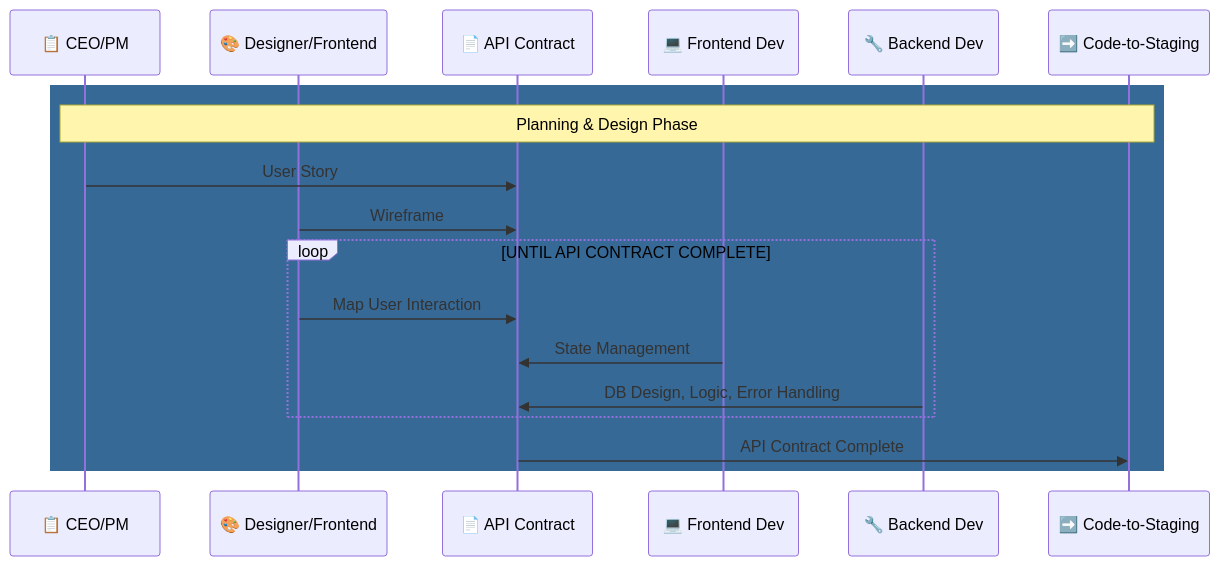
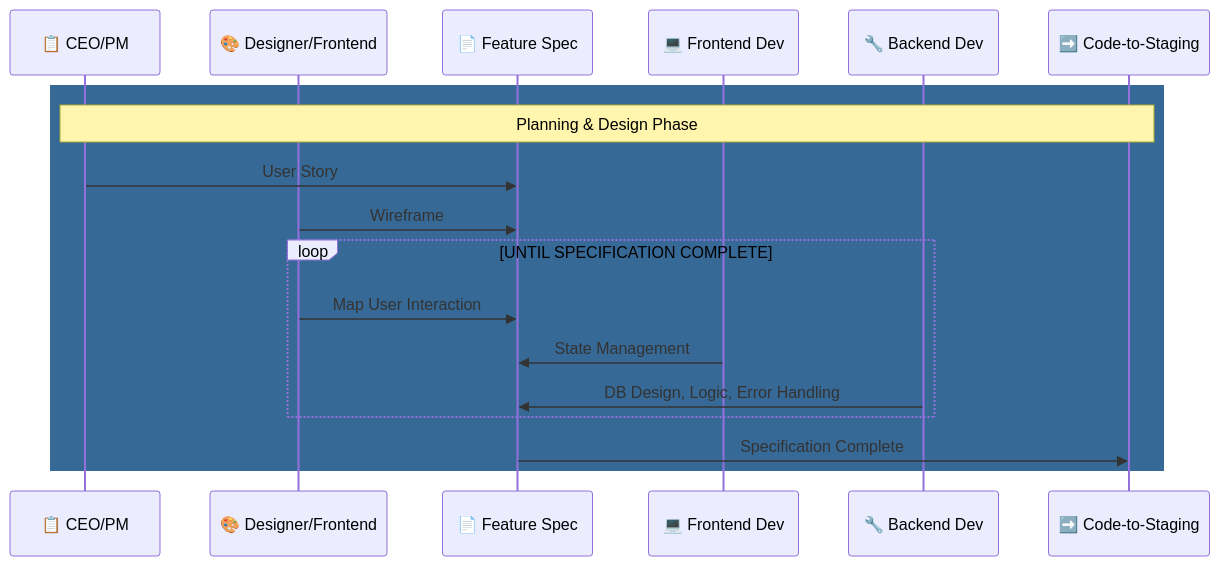
The first of 2 diagrams in Voyages/Projects/Helprr.ai/README.md (JindoKimKor/Self-Binnacle), drawn with Mermaid before and after one commit. The commit also changed other lines of this file and 5 other files, not shown here.

````diff
--- a/Voyages/Projects/Helprr.ai/README.md
+++ b/Voyages/Projects/Helprr.ai/README.md
@@ -104,21 +88,21 @@
 ```mermaid
 sequenceDiagram
     participant PM as 📋 CEO/PM
     participant DF as 🎨 Designer/Frontend
-    participant Doc as 📄 API Contract
+    participant Spec as 📄 Feature Spec
     participant FE as 💻 Frontend Dev
     participant BE as 🔧 Backend Dev
     participant Next as ➡️ Code-to-Staging
 
     rect rgb(55, 105, 150)
         Note over PM,Next: Planning & Design Phase
-        PM->>Doc: User Story
-        DF->>Doc: Wireframe
-        loop UNTIL API CONTRACT COMPLETE
-            DF->>Doc: Map User Interaction
-            FE->>Doc: State Management
-            BE->>Doc: DB Design, Logic, Error Handling
+        PM->>Spec: User Story
+        DF->>Spec: Wireframe
+        loop UNTIL SPECIFICATION COMPLETE
+            DF->>Spec: Map User Interaction
+            FE->>Spec: State Management
+            BE->>Spec: DB Design, Logic, Error Handling
         end
-        Doc->>Next: API Contract Complete
+        Spec->>Next: Specification Complete
     end
 ```
````
